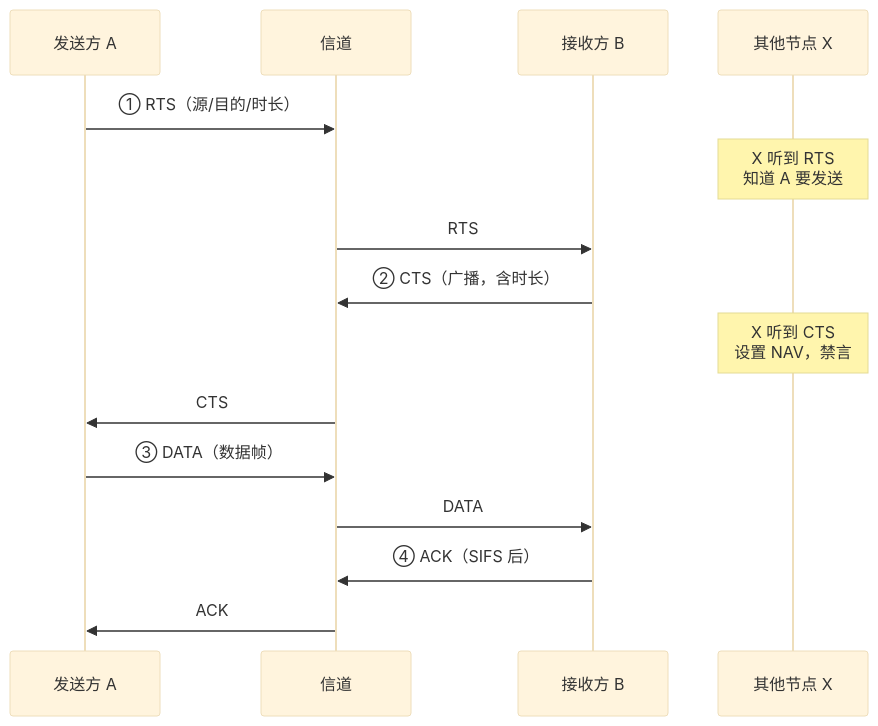
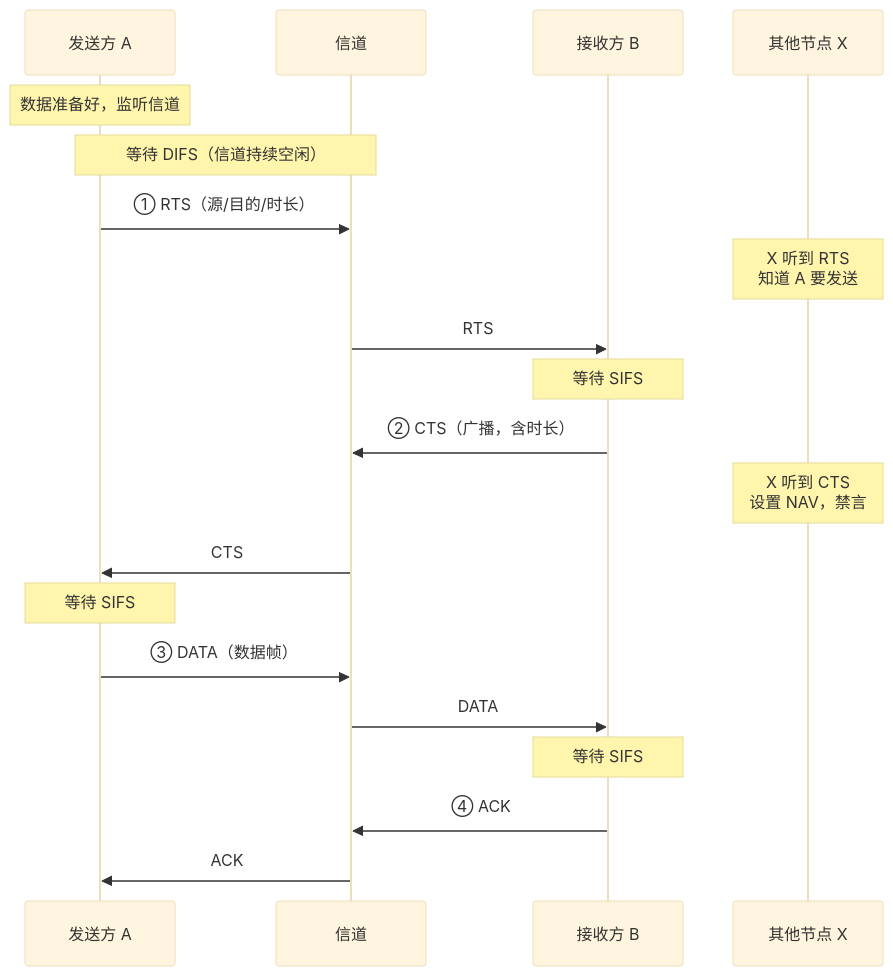
One commit to qtcyy/Exam-Notes changed the fourth of 4 diagrams in 计算机网络/第三章 数据链路层/3.5 介质访问控制.md. Above: the diagram before and after it, drawn with Mermaid (base theme). The commit also changed other lines of this file, not shown here.

Commit message:
📝 docs: 完善CSMA/CA时序图——DIFS/SIFS帧间隔标注与基本发送确认流程

````diff
--- a/计算机网络/第三章 数据链路层/3.5 介质访问控制.md
+++ b/计算机网络/第三章 数据链路层/3.5 介质访问控制.md
@@ -448,18 +469,23 @@
 ```mermaid
 sequenceDiagram
     participant A as 发送方 A
     participant C as 信道
     participant B as 接收方 B
     participant X as 其他节点 X
 
+    Note over A: 数据准备好，监听信道
+    Note over A,C: 等待 DIFS（信道持续空闲）
     A->>C: ① RTS（源/目的/时长）
     Note over X: X 听到 RTS<br/>知道 A 要发送
     C->>B: RTS
+    Note over B: 等待 SIFS
     B->>C: ② CTS（广播，含时长）
     Note over X: X 听到 CTS<br/>设置 NAV，禁言
     C->>A: CTS
+    Note over A: 等待 SIFS
     A->>C: ③ DATA（数据帧）
     C->>B: DATA
-    B->>C: ④ ACK（SIFS 后）
+    Note over B: 等待 SIFS
+    B->>C: ④ ACK
     C->>A: ACK
 ```
````
